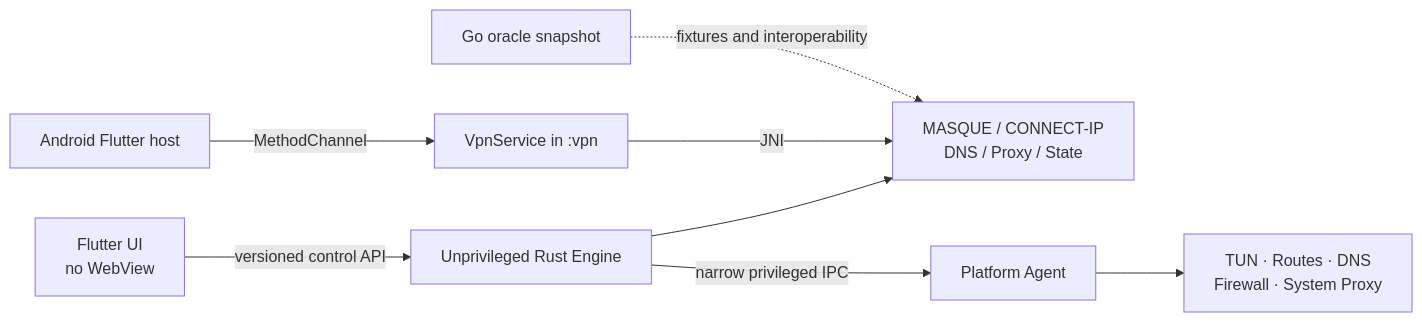
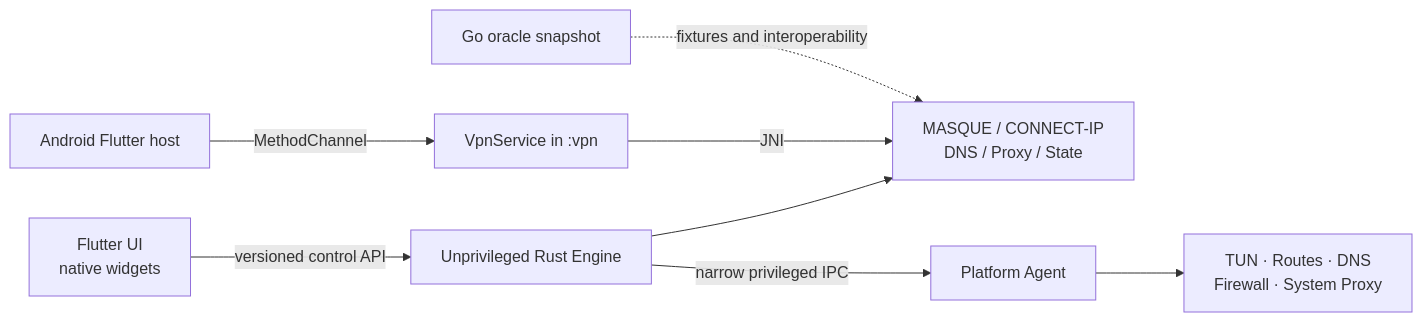
The diagram in docs/IMPLEMENTATION.md (GeorgeXie2333/usque-app), drawn with Mermaid before and after one commit. The commit also changed other lines of this file and 18 other files, not shown here.

````diff
--- a/docs/IMPLEMENTATION.md
+++ b/docs/IMPLEMENTATION.md
@@ -84,10 +115,10 @@
 ```mermaid
 flowchart LR
-    UI["Flutter UI<br>no WebView"] -->|"versioned control API"| Engine["Unprivileged Rust Engine"]
+    UI["Flutter UI<br>native widgets"] -->|"versioned control API"| Engine["Unprivileged Rust Engine"]
     Engine --> Core["MASQUE / CONNECT-IP<br>DNS / Proxy / State"]
     Engine -->|"narrow privileged IPC"| Agent["Platform Agent"]
     Agent --> System["TUN · Routes · DNS<br>Firewall · System Proxy"]
     Android["Android Flutter host"] -->|"MethodChannel"| VPN["VpnService in :vpn"]
     VPN -->|"JNI"| Core
     Oracle["Go oracle snapshot"] -. "fixtures and interoperability" .-> Core
 ```
````
